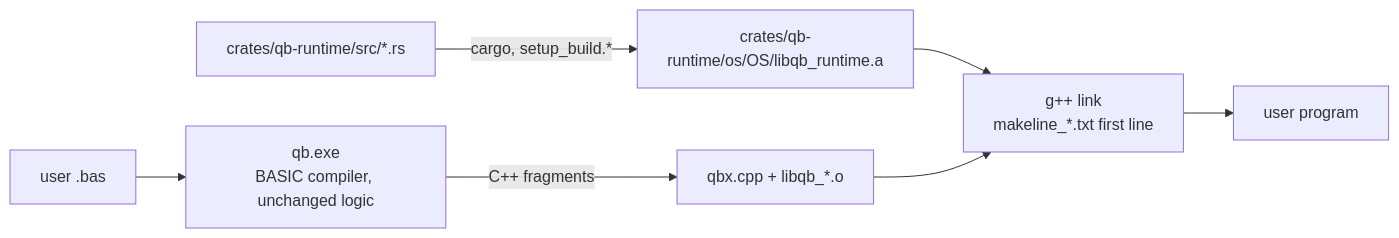
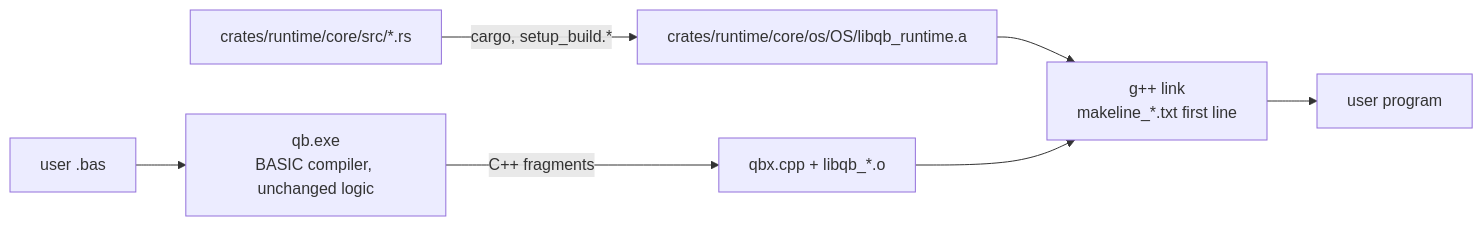
One commit to thirawat27/QBNex changed the diagram in docs/rust-port/progress.md. Above: the diagram before and after it, drawn with Mermaid. The commit also changed other lines of this file and 542 other files, not shown here.

First line of the commit message:
build: group crates/ by role (compiler, engine, runtime, tools, web)

````diff
--- a/docs/rust-port/progress.md
+++ b/docs/rust-port/progress.md
@@ -425,8 +425,8 @@
 ```mermaid
 flowchart LR
   bas[user .bas] --> qb[qb.exe<br/>BASIC compiler, unchanged logic]
   qb -->|C++ fragments| qbx[qbx.cpp + libqb_*.o]
-  runtimesrc[crates/qb-runtime/src/*.rs] -->|cargo, setup_build.*| a[crates/qb-runtime/os/OS/libqb_runtime.a]
+  runtimesrc[crates/runtime/core/src/*.rs] -->|cargo, setup_build.*| a[crates/runtime/core/os/OS/libqb_runtime.a]
   a --> link[g++ link<br/>makeline_*.txt first line]
   qbx --> link --> exe[user program]
 ```
````
